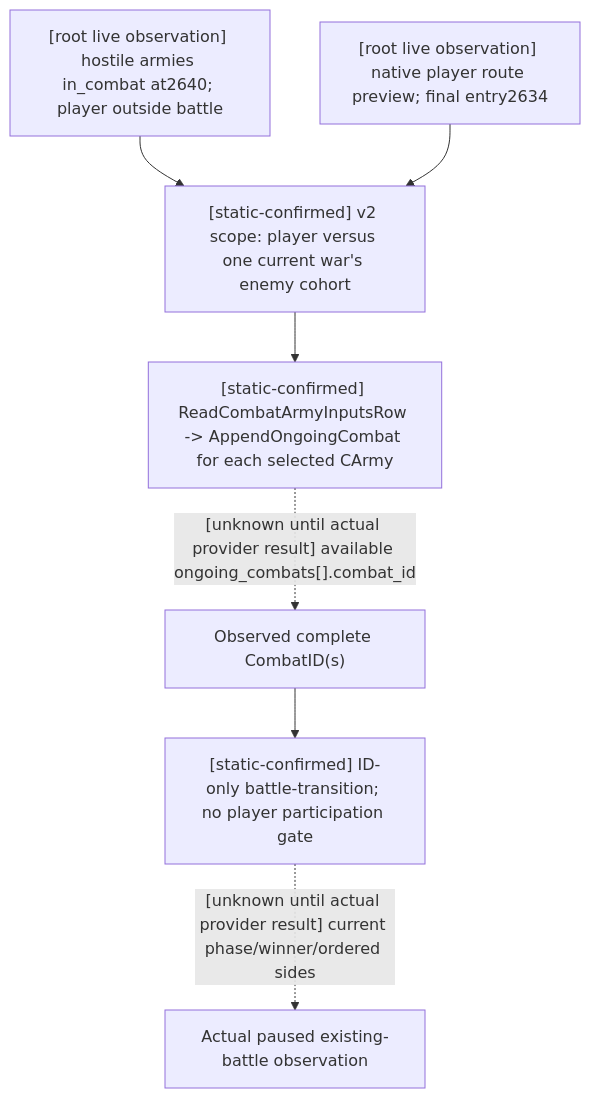
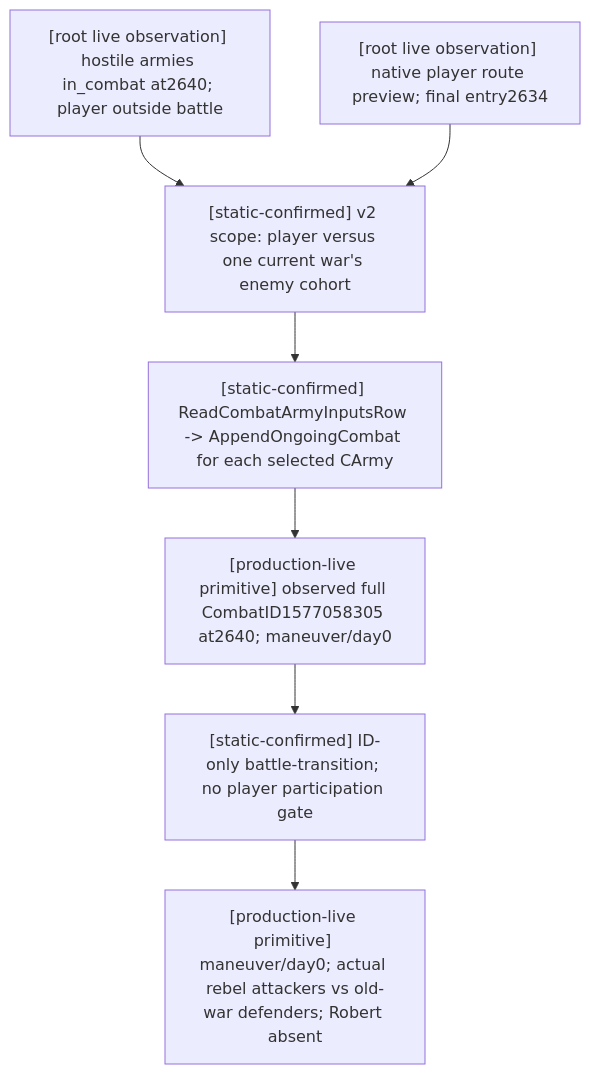
The diagram in docs/ck3-native-ai/battle-hostile-existing-combat-discovery-1.20.0.3-2026-10-03.md (XenoAmess/ck3_eternal_recurrence), drawn with Mermaid before and after one commit. The commit also changed other lines of this file and 19 other files, not shown here.

````diff
--- a/docs/ck3-native-ai/battle-hostile-existing-combat-discovery-1.20.0.3-2026-10-03.md
+++ b/docs/ck3-native-ai/battle-hostile-existing-combat-discovery-1.20.0.3-2026-10-03.md
@@ -11,9 +11,9 @@
 ```mermaid
 flowchart TD
     S["[root live observation] hostile armies in_combat at2640; player outside battle"] --> V["[static-confirmed] v2 scope: player versus one current war's enemy cohort"]
     R["[root live observation] native player route preview; final entry2634"] --> V
     V --> Q["[static-confirmed] ReadCombatArmyInputsRow -> AppendOngoingCombat for each selected CArmy"]
-    Q -. "[unknown until actual provider result] available ongoing_combats[].combat_id" .-> C["Observed complete CombatID(s)"]
+    Q --> C["[production-live primitive] observed full CombatID1577058305 at2640; maneuver/day0"]
     C --> T["[static-confirmed] ID-only battle-transition; no player participation gate"]
-    T -. "[unknown until actual provider result] current phase/winner/ordered sides" .-> O["Actual paused existing-battle observation"]
+    T --> O["[production-live primitive] maneuver/day0; actual rebel attackers vs old-war defenders; Robert absent"]
 ```
````
